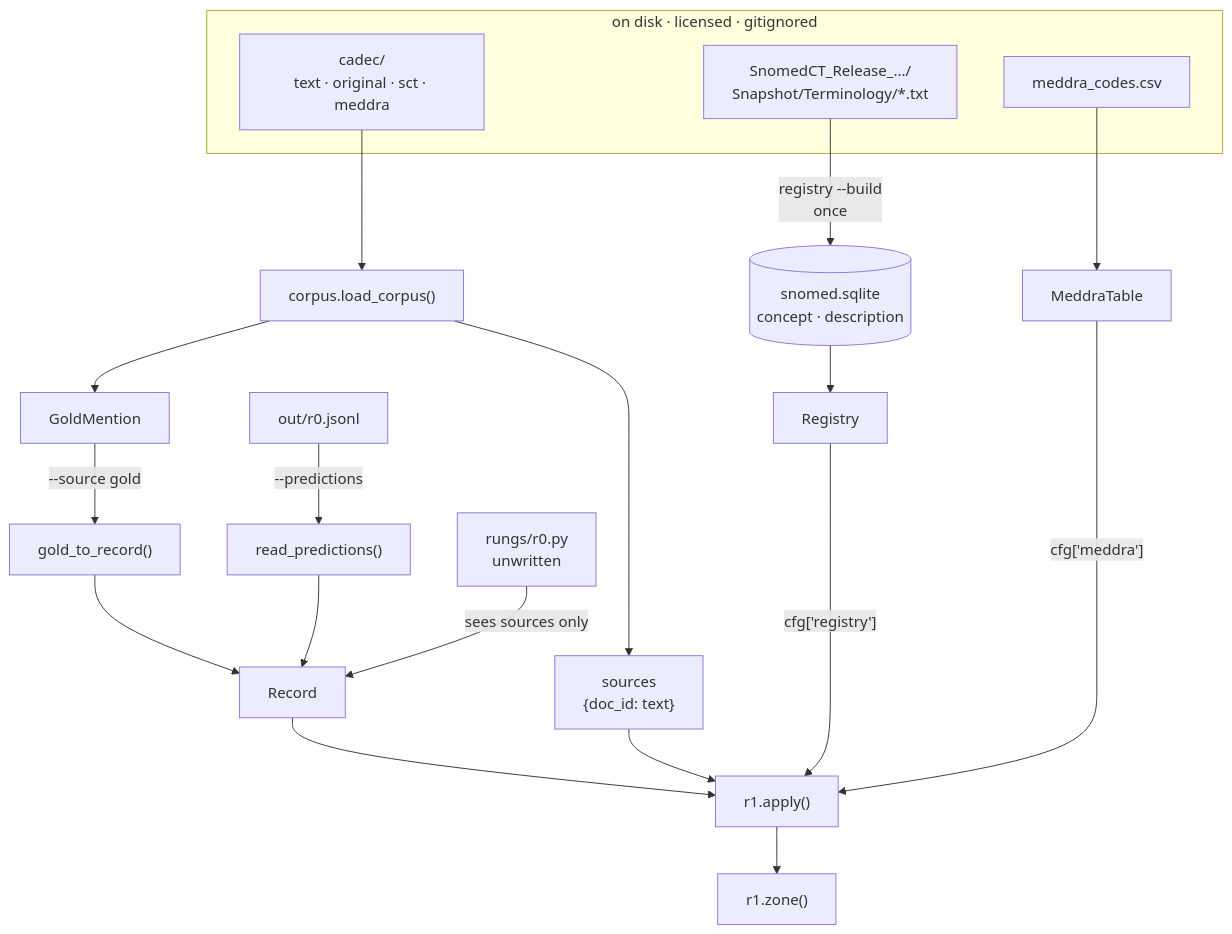
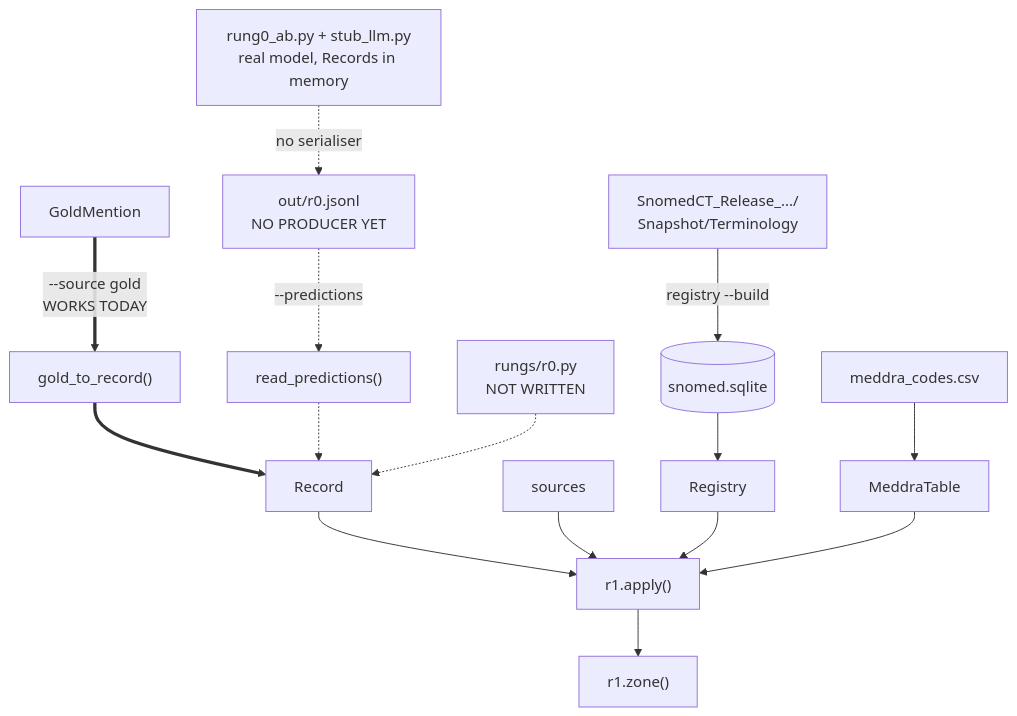
One commit to wbagais/reliability-ladder changed the second of 3 diagrams in docs/wiki/content/r1.md. Above: the diagram before and after it, drawn with Mermaid. The commit also changed other lines of this file and 2 other files, not shown here.

````diff
--- a/docs/wiki/content/r1.md
+++ b/docs/wiki/content/r1.md
@@ -30,25 +43,15 @@
 ```mermaid
 flowchart TD
-    subgraph DISK["on disk · licensed · gitignored"]
-        CAD["cadec/<br/>text · original · sct · meddra"]
-        RF2["SnomedCT_Release_.../<br/>Snapshot/Terminology/*.txt"]
-        CSV["meddra_codes.csv"]
-    end
+    GM["GoldMention"] ==>|"--source gold<br/>WORKS TODAY"| G2R["gold_to_record()"] ==> REC["Record"]
+    R0J["out/r0.jsonl<br/>NO PRODUCER YET"] -.->|"--predictions"| RP["read_predictions()"] -.-> REC
+    R0["rungs/r0.py<br/>NOT WRITTEN"] -.-> REC
+    AB["rung0_ab.py + stub_llm.py<br/>real model, Records in memory"] -.->|"no serialiser"| R0J
 
-    CAD --> LC["corpus.load_corpus()"]
-    LC --> SRC["sources<br/>{doc_id: text}"]
-    LC --> GM["GoldMention"]
-    GM -->|"--source gold"| G2R["gold_to_record()"] --> REC
-    R0J["out/r0.jsonl"] -->|"--predictions"| RP["read_predictions()"] --> REC
-    R0["rungs/r0.py<br/>unwritten"] -->|"sees sources only"| REC["Record"]
+    RF2["SnomedCT_Release_.../<br/>Snapshot/Terminology"] -->|"registry --build"| DB[("snomed.sqlite")] --> REG["Registry"]
+    CSV["meddra_codes.csv"] --> MT["MeddraTable"]
 
-    RF2 -->|"registry --build<br/>once"| DB[("snomed.sqlite<br/>concept · description")]
-    DB --> REG["Registry"]
-    CSV --> MT["MeddraTable"]
-
-    REC --> AP["r1.apply()"]
-    SRC --> AP
-    REG -->|"cfg['registry']"| AP
-    MT -->|"cfg['meddra']"| AP
-    AP --> ZONE["r1.zone()"]
+    REC --> AP["r1.apply()"] --> ZONE["r1.zone()"]
+    SRC["sources"] --> AP
+    REG --> AP
+    MT --> AP
 ```
````
